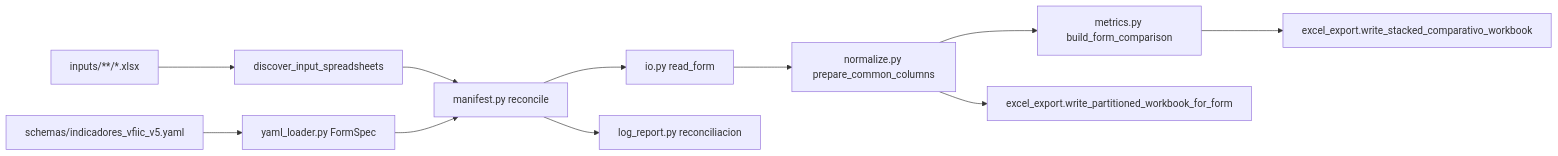
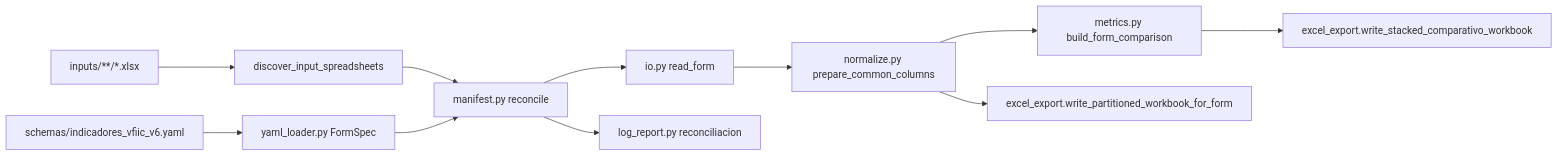
Before and after one commit to jesusrloza/vfiic-kpis-operativos: the first of 2 diagrams in docs/arquitectura.md, drawn with Mermaid. The commit also changed 12 other files, not shown here.

First line of the commit message:
Update schema to version 6 and enhance documentation

````diff
--- a/docs/arquitectura.md
+++ b/docs/arquitectura.md
@@ -29,13 +29,13 @@
 ```mermaid
 flowchart LR
-  yaml["schemas/indicadores_vfiic_v5.yaml"] --> loader["yaml_loader.py FormSpec"]
+  yaml["schemas/indicadores_vfiic_v6.yaml"] --> loader["yaml_loader.py FormSpec"]
   inputDir["inputs/**/*.xlsx"] --> discover["discover_input_spreadsheets"]
   discover --> manifest["manifest.py reconcile"]
   loader --> manifest
   manifest --> reader["io.py read_form"]
   reader --> normalize["normalize.py prepare_common_columns"]
   normalize --> metrics["metrics.py build_form_comparison"]
   normalize --> partWriter["excel_export.write_partitioned_workbook_for_form"]
   metrics --> stackWriter["excel_export.write_stacked_comparativo_workbook"]
   manifest --> logs["log_report.py reconciliacion"]
 ```
````
